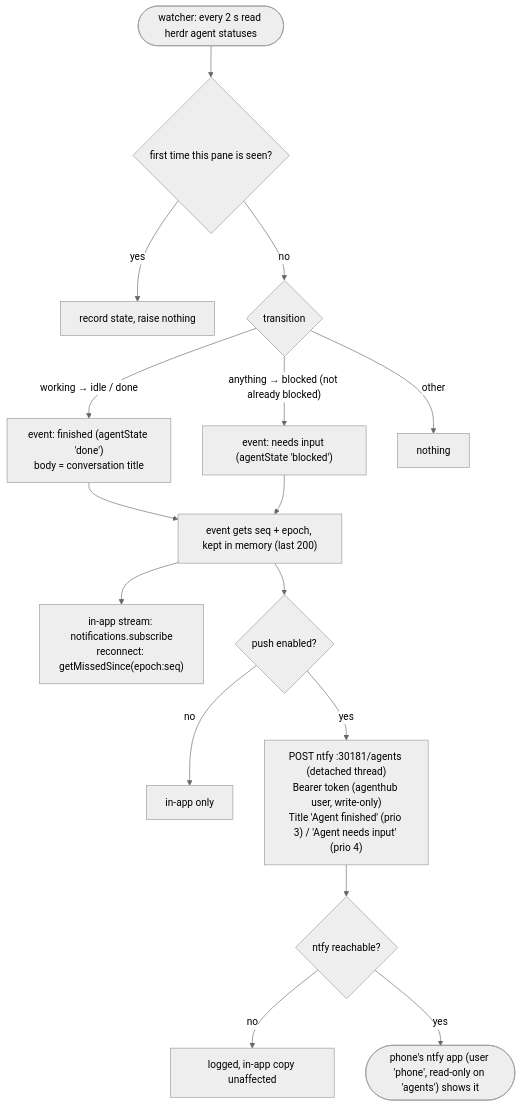
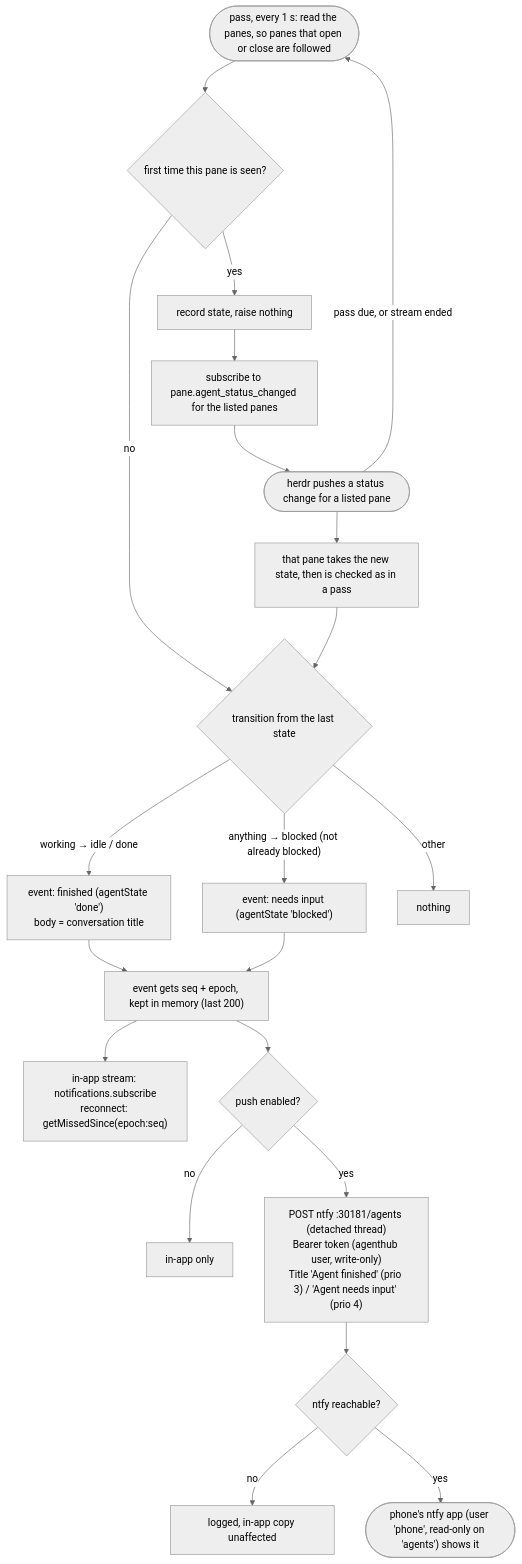
Diagram 17 of 20 in docs/PROCESSES.md (y0c0ms/sesync), drawn with Mermaid (neutral theme) before and after one commit. The commit also changed other lines of this file, not shown here.

Commit message:
docs: PROCESSES.md follows the event-driven notification watcher and the default usage bars
Diagram 16 said the watcher read herdr every 2 s; it now re-reads the pane list
every second and applies pane.agent_status_changed events as they arrive. The
section says why. Diagram 17 notes that one login per provider fills the
system-default bars. As-built refs: bridge e4eb0b1, app phase2 c726b00c.

````diff
--- a/docs/PROCESSES.md
+++ b/docs/PROCESSES.md
@@ -493,18 +495,23 @@
 ```mermaid
 flowchart TD
-  A(["watcher: every 2 s read herdr agent statuses"]) --> B{"first time this pane is seen?"}
+  A(["pass, every 1 s: read the panes, so panes that open or close are followed"]) --> B{"first time this pane is seen?"}
   B -- yes --> B1["record state, raise nothing"]
-  B -- no --> C{"transition"}
+  B -- no --> C{"transition from the last state"}
+  B1 --> S["subscribe to pane.agent_status_changed for the listed panes"]
+  S --> W(["herdr pushes a status change for a listed pane"])
+  W --> U["that pane takes the new state, then is checked as in a pass"]
+  U --> C
+  W -- "pass due, or stream ended" --> A
   C -- "working → idle / done" --> F["event: finished (agentState 'done')<br/>body = conversation title"]
   C -- "anything → blocked (not already blocked)" --> N["event: needs input (agentState 'blocked')"]
   C -- "other" --> Z["nothing"]
   F --> Q["event gets seq + epoch, kept in memory (last 200)"]
   N --> Q
   Q --> I["in-app stream: notifications.subscribe<br/>reconnect: getMissedSince(epoch:seq)"]
   Q --> P{"push enabled?"}
   P -- no --> P0["in-app only"]
   P -- yes --> P1["POST ntfy :30181/agents (detached thread)<br/>Bearer token (agenthub user, write-only)<br/>Title 'Agent finished' (prio 3) / 'Agent needs input' (prio 4)"]
   P1 --> P2{"ntfy reachable?"}
   P2 -- no --> P3["logged, in-app copy unaffected"]
   P2 -- yes --> P4(["phone's ntfy app (user 'phone', read-only on 'agents') shows it"])
 ```
````
